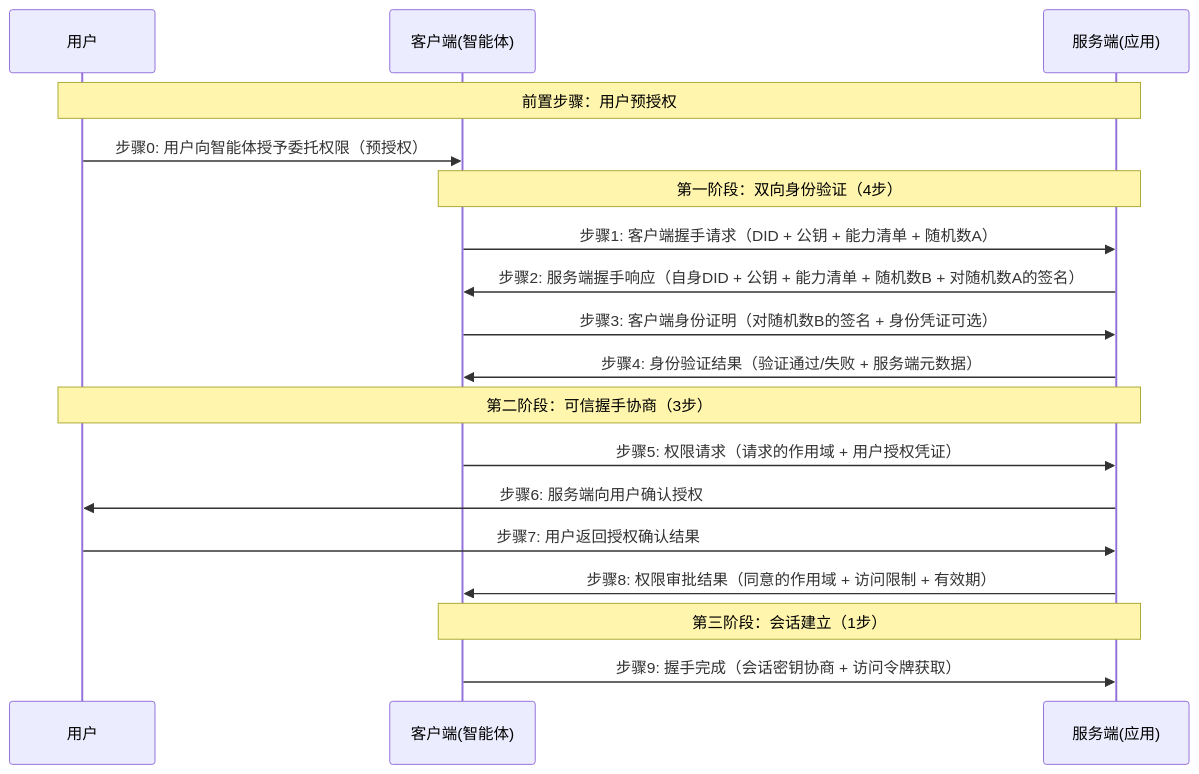
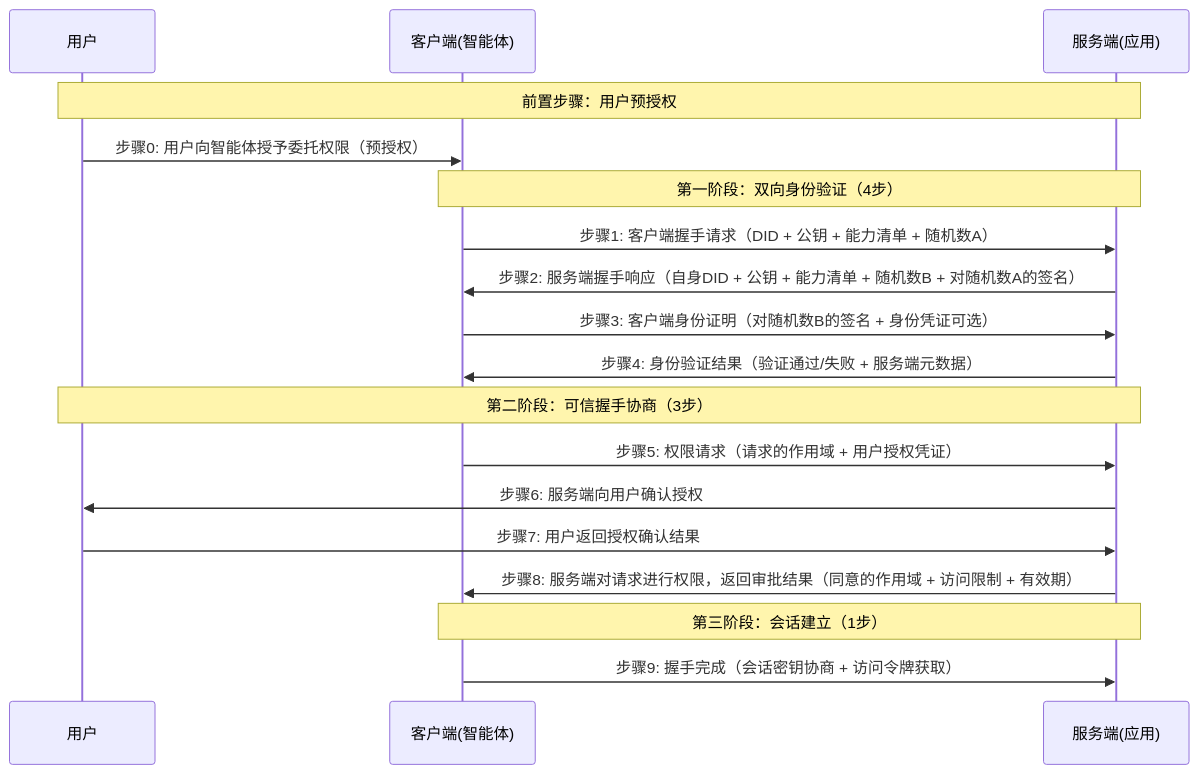
One commit to ath-protocol/agent-trust-handshake-protocol changed the diagram in README.md. Above: the diagram before and after it, drawn with Mermaid.

````diff
--- a/README.md
+++ b/README.md
@@ -111,24 +111,24 @@
 ```mermaid
 sequenceDiagram
     participant U as 用户
     participant C as 客户端(智能体)
     participant S as 服务端(应用)
     
     Note over U,S: 前置步骤：用户预授权
     U->>C: 步骤0: 用户向智能体授予委托权限（预授权）
     
     Note over C,S: 第一阶段：双向身份验证（4步）
     C->>S: 步骤1: 客户端握手请求（DID + 公钥 + 能力清单 + 随机数A）
     S->>C: 步骤2: 服务端握手响应（自身DID + 公钥 + 能力清单 + 随机数B + 对随机数A的签名）
     C->>S: 步骤3: 客户端身份证明（对随机数B的签名 + 身份凭证可选）
     S->>C: 步骤4: 身份验证结果（验证通过/失败 + 服务端元数据）
     
     Note over U,S: 第二阶段：可信握手协商（3步）
     C->>S: 步骤5: 权限请求（请求的作用域 + 用户授权凭证）
     S->>U: 步骤6: 服务端向用户确认授权
     U->>S: 步骤7: 用户返回授权确认结果
-    S->>C: 步骤8: 权限审批结果（同意的作用域 + 访问限制 + 有效期）
+    S->>C: 步骤8: 服务端对请求进行权限，返回审批结果（同意的作用域 + 访问限制 + 有效期）
     
     Note over C,S: 第三阶段：会话建立（1步）
     C->>S: 步骤9: 握手完成（会话密钥协商 + 访问令牌获取）
 ```
````
